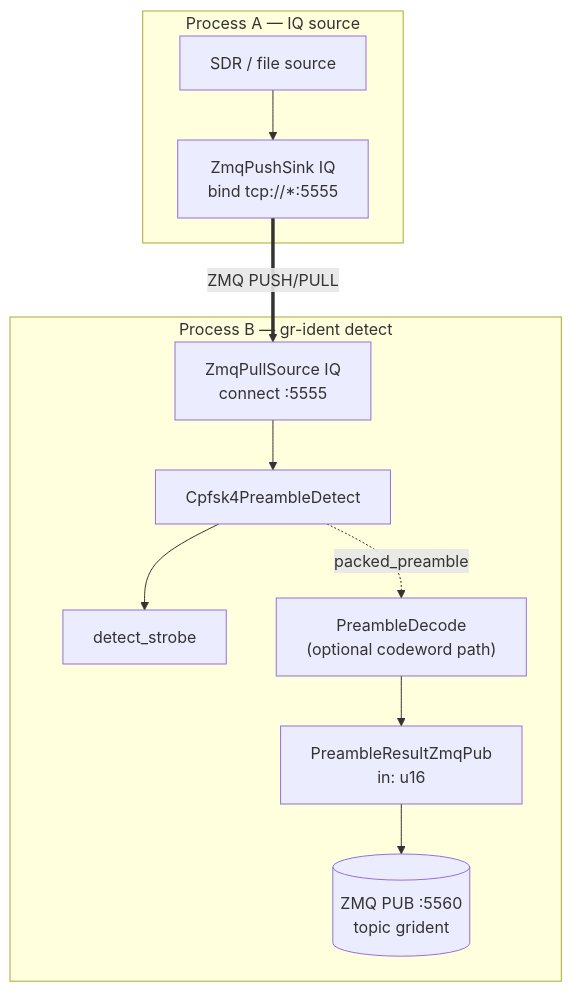
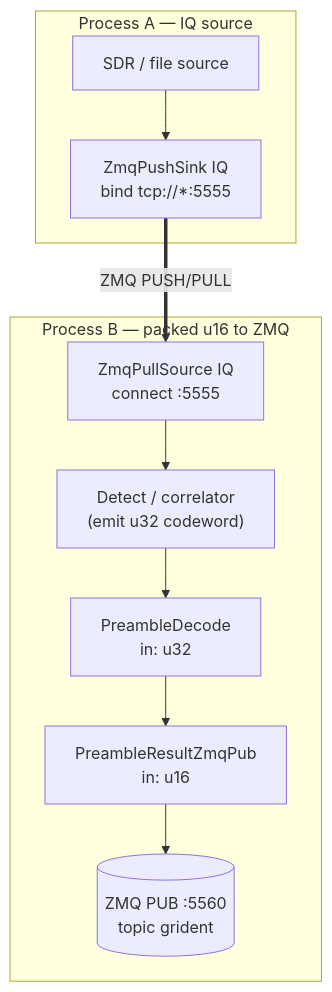
The third of 11 diagrams in docs/port-diagrams.md (Supermagnum/gr-ident), drawn with Mermaid before and after one commit. The commit also changed other lines of this file and 1 other file, not shown here.

First line of the commit message:
Update port diagrams for ZMQ mode control and repeater wiring.

````diff
--- a/docs/port-diagrams.md
+++ b/docs/port-diagrams.md
@@ -85,16 +96,15 @@
 ```mermaid
 flowchart TB
   subgraph procA["Process A — IQ source"]
     SDR["SDR / file source"] --> Push["ZmqPushSink IQ\nbind tcp://*:5555"]
   end
 
-  subgraph procB["Process B — gr-ident detect"]
-    Pull["ZmqPullSource IQ\nconnect :5555"] --> Det["Cpfsk4PreambleDetect"]
-    Det --> Strobe["detect_strobe"]
-    Det -.->|"packed_preamble"| Dec["PreambleDecode\n(optional codeword path)"]
+  subgraph procB["Process B — packed u16 to ZMQ"]
+    Pull["ZmqPullSource IQ\nconnect :5555"] --> Chain["Detect / correlator\n(emit u32 codeword)"]
+    Chain --> Dec["PreambleDecode\nin: u32"]
     Dec --> Pub["PreambleResultZmqPub\nin: u16"]
     Pub --> ZMQpub[("ZMQ PUB :5560\ntopic grident")]
   end
 
   Push ==>|"ZMQ PUSH/PULL"| Pull
 ```
````
